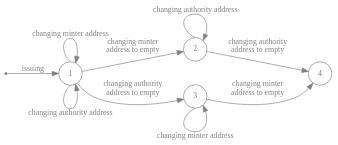
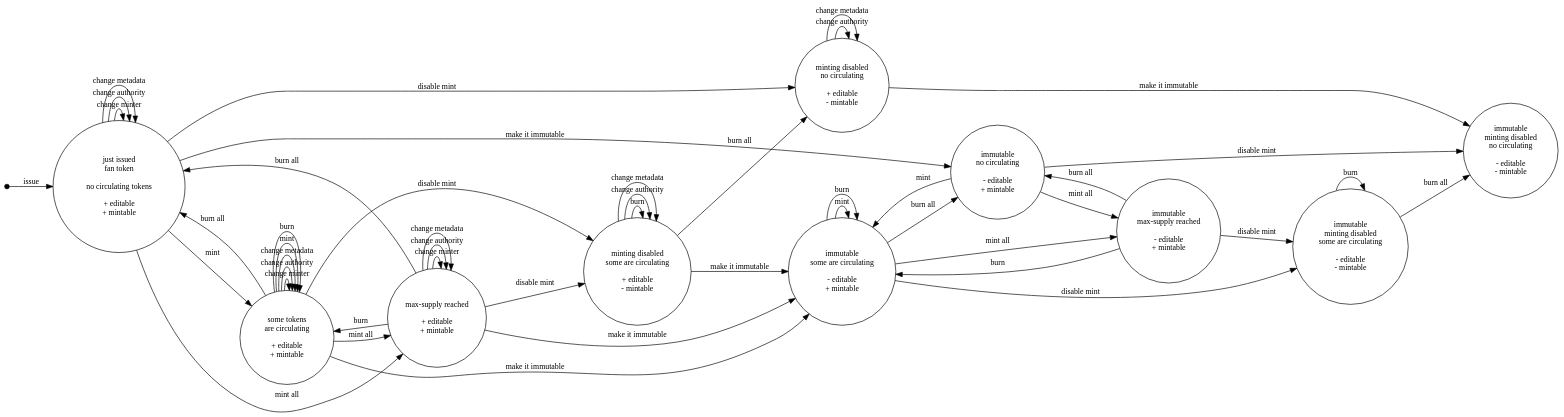
Before and after one commit to bitsongofficial/go-bitsong: the diagram in x/fantoken/spec/img/image_code/fantoken_object_lifecycle.dot, drawn with Graphviz. The commit also changed 5 other files, not shown here.

```diff
--- a/x/fantoken/spec/img/image_code/fantoken_object_lifecycle.dot
+++ b/x/fantoken/spec/img/image_code/fantoken_object_lifecycle.dot
@@ -1,25 +1,79 @@
 digraph finite_state_machine {
-    rankdir=LR;
+    splines=true;
+    overlap=scalexy;
+    rankdir="LR";
     bgcolor="transparent";
-    size="8,5"
 
-    node [shape = circle, label="1", fontsize=12, color="gray", fontcolor="gray"] 1;
-    node [shape = circle, label="2", fontsize=12, color="gray", fontcolor="gray"] 2;
-    node [shape = circle, label="3", fontsize=12, color="gray", fontcolor="gray"] 3;
-    node [shape = circle, label="4", fontsize=12, color="gray", fontcolor="gray"] 4;
+    node [shape = circle, width=2.0 ,label="just issued\nfan token\n\nno circulating tokens\n\n+ editable\n+ mintable", fontsize=12, color="black", fontcolor="black"] 1;
+    node [shape = circle, width=2.0 ,label="some tokens\nare circulating\n\n+ editable\n+ mintable", fontsize=12, color="black", fontcolor="black"] 2;
+    node [shape = circle, width=2.0 ,label="max-supply reached\n\n+ editable\n+ mintable", fontsize=12, color="black", fontcolor="black"] 3;
+    node [shape = circle, width=2.0 ,label="minting disabled\nsome are circulating\n\n+ editable\n- mintable", fontsize=12, color="black", fontcolor="black"] 4;
+    node [shape = circle, width=2.0 ,label="minting disabled\nno circulating\n\n+ editable\n- mintable", fontsize=12, color="black", fontcolor="black"] 5;
+    node [shape = circle, width=2.0 ,label="immutable\nminting disabled\nsome are circulating\n\n- editable\n- mintable", fontsize=12, color="black", fontcolor="black"] 6;
+    node [shape = circle, width=2.0 ,label="immutable\nsome are circulating\n\n- editable\n+ mintable", fontsize=12, color="black", fontcolor="black"] 7;
+    node [shape = circle, width=2.0 ,label="immutable\nno circulating\n\n- editable\n+ mintable", fontsize=12, color="black", fontcolor="black"] 8;
+    node [shape = circle, width=2.0 ,label="immutable\nmax-supply reached\n\n- editable\n+ mintable", fontsize=12, color="black", fontcolor="black"] 9;
+    node [shape = circle, width=2.0 ,label="immutable\nminting disabled\nno circulating\n\n- editable\n- mintable", fontsize=12, color="black", fontcolor="black"] 10;
     
-    node [shape = point, fontsize=12, color="gray", fontcolor="gray"]; qi
-    
-    qi -> 1 [label="issuing", fontsize=12, color="gray", fontcolor="gray"];
+    node [shape = point, width=0.1 fontsize=12, color="black", fontcolor="black"]; qi
 
-    nodesep= 0.5;
+    qi      ->  1       [ label="issue", fontsize=12, color="black", fontcolor="black"];
 
-    1:n  -> 1 [ label = "changing minter address", fontsize=12, color="gray", fontcolor="gray"];
-    1:s  -> 1 [ label = "changing authority address", fontsize=12, color="gray", fontcolor="gray"];
-    1    -> 2 [ label = "changing minter \n address to empty", fontsize=12, color="gray", fontcolor="gray"];
-    2:n  -> 2 [ label = "changing authority address", fontsize=12, color="gray", fontcolor="gray"];
-    2    -> 4 [ label = "changing authority \n address to empty", fontsize=12, color="gray", fontcolor="gray"];
-    3:s  -> 3 [ label = "changing minter address", fontsize=12, color="gray", fontcolor="gray"];
-    1    -> 3 [ label = "changing authority \n address to empty", fontsize=12, color="gray", fontcolor="gray"];
-    3    -> 4 [ label = "changing minter \n address to empty", fontsize=12, color="gray", fontcolor="gray"];
+    1       ->  1       [ label = "change minter", fontsize=12, color="black", fontcolor="black"];
+    1       ->  1       [ label = "change authority", fontsize=12, color="black", fontcolor="black"];
+    1       ->  1       [ label = "change metadata", fontsize=12, color="black", fontcolor="black"];
+
+    2       ->  2       [ label = "change minter", fontsize=12, color="black", fontcolor="black"];
+    2       ->  2       [ label = "change authority", fontsize=12, color="black", fontcolor="black"];
+    2       ->  2       [ label = "change metadata", fontsize=12, color="black", fontcolor="black"];
+
+    3       ->  3       [ label = "change minter", fontsize=12, color="black", fontcolor="black"];
+    3       ->  3       [ label = "change authority", fontsize=12, color="black", fontcolor="black"];
+    3       ->  3       [ label = "change metadata", fontsize=12, color="black", fontcolor="black"];
+
+    4       ->  4       [ label = "burn", fontsize=12, color="black", fontcolor="black"];
+    4       ->  4       [ label = "change authority", fontsize=12, color="black", fontcolor="black"];
+    4       ->  4       [ label = "change metadata", fontsize=12, color="black", fontcolor="black"];
+
+    5       ->  5       [ label = "change authority", fontsize=12, color="black", fontcolor="black"];
+    5       ->  5       [ label = "change metadata", labeldistance=3, fontsize=12, color="black", fontcolor="black"];
+
+    1       ->  2       [ label = "mint", fontsize=12, color="black", fontcolor="black"];
+    8       ->  7       [ label = "mint", fontsize=12, color="black", fontcolor="black"];
+    7       ->  7       [ label = "mint", fontsize=12, color="black", fontcolor="black"];
+    2       ->  2       [ label = "mint", fontsize=12, color="black", fontcolor="black"];
+
+    2       ->  3       [ label = "mint all", fontsize=12, color="black", fontcolor="black"];
+    1       ->  3       [ label = "mint all", fontsize=12, color="black", fontcolor="black"];
+    7       ->  9       [ label = "mint all", fontsize=12, color="black", fontcolor="black"];
+    8       ->  9       [ label = "mint all", fontsize=12, color="black", fontcolor="black"];
+
+    3       ->  2       [ label = "burn", fontsize=12, color="black", fontcolor="black"];
+    2       ->  2       [ label = "burn", fontsize=12, color="black", fontcolor="black"];
+    6       ->  6       [ label = "burn", fontsize=12, color="black", fontcolor="black"];
+    7       ->  7       [ label = "burn", fontsize=12, color="black", fontcolor="black"];
+    9       ->  7       [ label = "burn", fontsize=12, color="black", fontcolor="black"];
+
+
+    1       ->  5       [ label = "disable mint", fontsize=12, color="black", fontcolor="black"];
+    2       ->  4       [ label = "disable mint", fontsize=12, color="black", fontcolor="black"];
+    3       ->  4       [ label = "disable mint", fontsize=12, color="black", fontcolor="black"];
+    7       ->  6       [ label = "disable mint", fontsize=12, color="black", fontcolor="black"];
+    8       ->  10      [ label = "disable mint", fontsize=12, color="black", fontcolor="black"];
+    9       ->  6       [ label = "disable mint", fontsize=12, color="black", fontcolor="black"];
+
+    4       ->  5       [ label = "burn all", fontsize=12, color="black", fontcolor="black"];
+    2       ->  1       [ label = "burn all", fontsize=12, color="black", fontcolor="black"];
+    6       ->  10      [ label = "burn all", fontsize=12, color="black", fontcolor="black"];
+    7       ->  8       [ label = "burn all", fontsize=12, color="black", fontcolor="black"];
+    9       ->  8       [ label = "burn all", fontsize=12, color="black", fontcolor="black"];
+    3       ->  1       [ label = "burn all", fontsize=12, color="black", fontcolor="black"];
+
+
+    2       ->  7       [ label = "make it immutable", fontsize=12, color="black", fontcolor="black"];
+    3       ->  7       [ label = "make it immutable", fontsize=12, color="black", fontcolor="black"];
+    4       ->  7       [ label = "make it immutable", fontsize=12, color="black", fontcolor="black"];
+    1       ->  8       [ label = "make it immutable", fontsize=12, color="black", fontcolor="black"];
+    5       ->  10      [ label = "make it immutable", fontsize=12, color="black", fontcolor="black"];
+
 }
```
